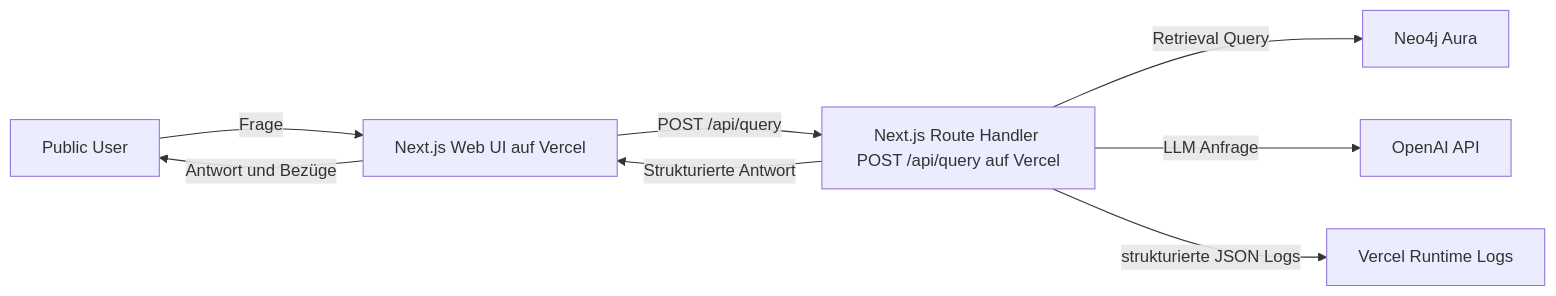
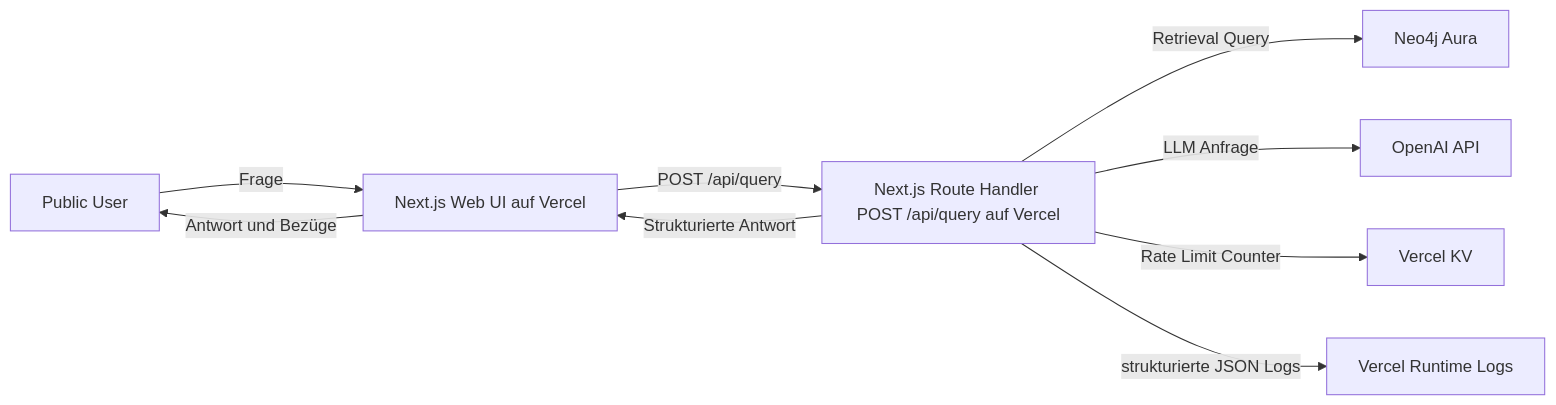
One commit to mimeonline/system-graph-rag-lab changed the diagram in docs/architecture/c4-context.md. Above: the diagram before and after it, drawn with Mermaid. The commit also changed other lines of this file and 12 other files, not shown here.

Commit message:
chore(architecture): enforce arc42/deployment outputs and fix blackbox context diagram

````diff
--- a/docs/architecture/c4-context.md
+++ b/docs/architecture/c4-context.md
@@ -20,17 +21,19 @@
 ```mermaid
 flowchart LR
   user[Public User]
   web[Next.js Web UI auf Vercel]
   api[Next.js Route Handler POST /api/query auf Vercel]
   openai[OpenAI API]
   neo4j[Neo4j Aura]
+  kv[Vercel KV]
   vercel[Vercel Runtime Logs]
 
   user -->|Frage| web
   web -->|POST /api/query| api
   api -->|Retrieval Query| neo4j
   api -->|LLM Anfrage| openai
+  api -->|Rate Limit Counter| kv
   api -->|Strukturierte Antwort| web
   web -->|Antwort und Bezüge| user
   api -->|strukturierte JSON Logs| vercel
 ```
````
